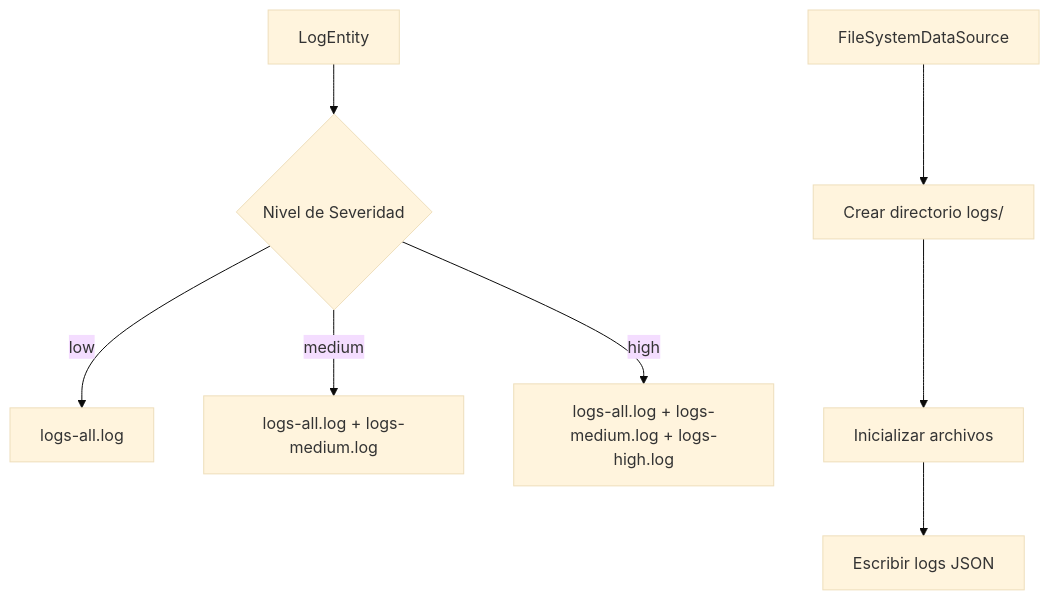
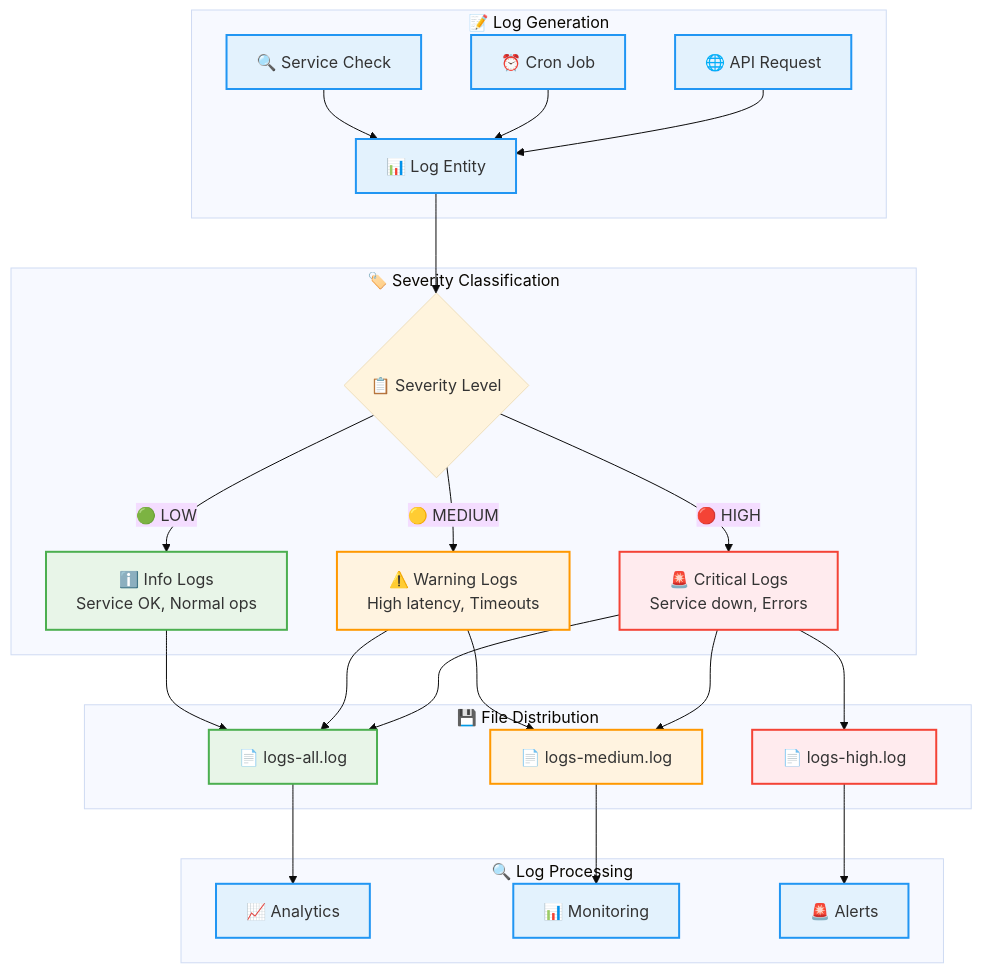
Before and after one commit to Khalest/NocApp: the seventh of 15 diagrams in README.md, drawn with Mermaid (base theme). The commit also changed other lines of this file, not shown here.

````diff
--- a/README.md
+++ b/README.md
@@ -215,11 +625,40 @@
 ```mermaid
-flowchart TD
-    A[LogEntity] --> B{Nivel de Severidad}
-    B -->|low| C[logs-all.log]
-    B -->|medium| D[logs-all.log + logs-medium.log]
-    B -->|high| E[logs-all.log + logs-medium.log + logs-high.log]
+graph TD
+    subgraph "📝 Log Generation"
+        A[🔍 Service Check] --> B[📊 Log Entity]
+        C[⏰ Cron Job] --> B
+        D[🌐 API Request] --> B
+    end
 
-    F[FileSystemDataSource] --> G[Crear directorio logs/]
-    G --> H[Inicializar archivos]
-    H --> I[Escribir logs JSON]
+    subgraph "🏷️ Severity Classification"
+        B --> E{📋 Severity Level}
+        E -->|🟢 LOW| F[ℹ️ Info Logs<br/>Service OK, Normal ops]
+        E -->|🟡 MEDIUM| G[⚠️ Warning Logs<br/>High latency, Timeouts]
+        E -->|🔴 HIGH| H[🚨 Critical Logs<br/>Service down, Errors]
+    end
+
+    subgraph "💾 File Distribution"
+        F --> I[📄 logs-all.log]
+        G --> I
+        G --> J[📄 logs-medium.log]
+        H --> I
+        H --> J
+        H --> K[📄 logs-high.log]
+    end
+
+    subgraph "🔍 Log Processing"
+        I --> L[📈 Analytics]
+        J --> M[📊 Monitoring]
+        K --> N[🚨 Alerts]
+    end
+
+    classDef low fill:#e8f5e8,stroke:#4caf50,stroke-width:2px
+    classDef medium fill:#fff3e0,stroke:#ff9800,stroke-width:2px
+    classDef high fill:#ffebee,stroke:#f44336,stroke-width:2px
+    classDef process fill:#e3f2fd,stroke:#2196f3,stroke-width:2px
+
+    class F,I low
+    class G,J medium
+    class H,K high
+    class A,B,C,D,L,M,N process
 ```
````
